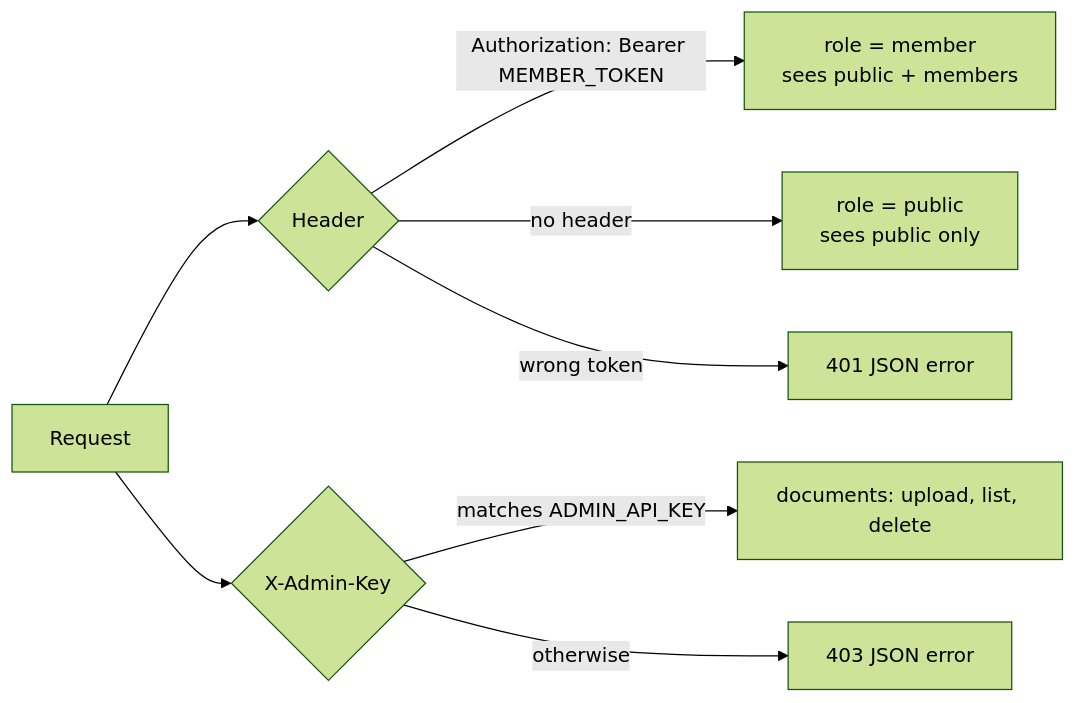
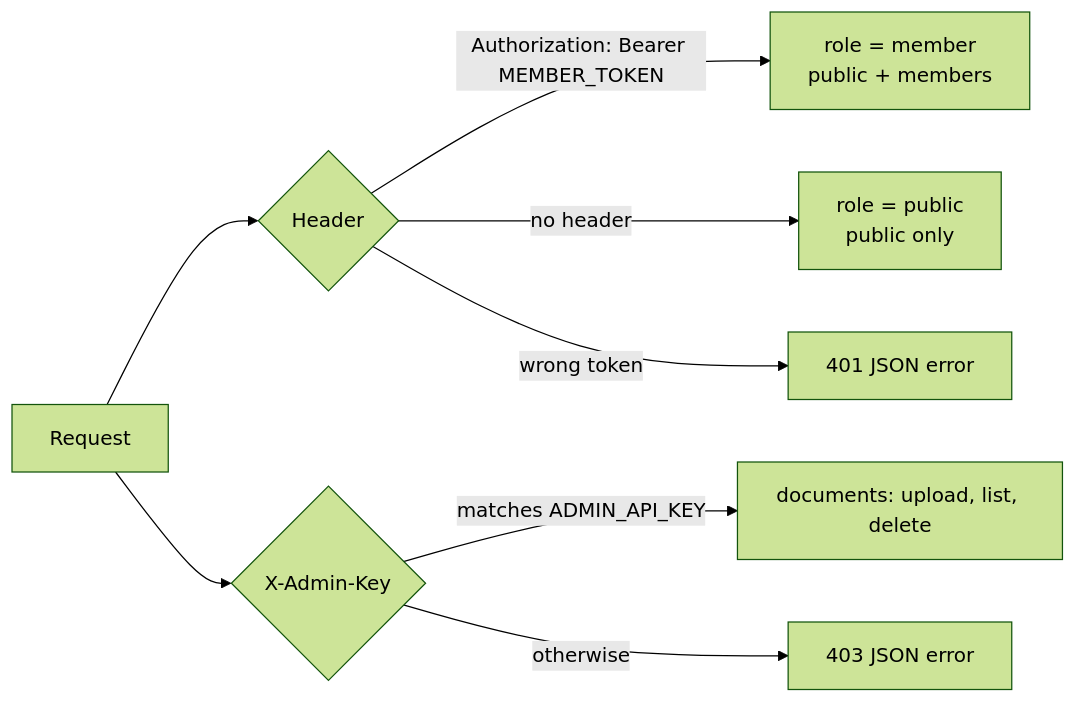
The fourth of 4 diagrams in README.md (MicroClub-USTHB/micro-bot), drawn with Mermaid (forest theme) before and after one commit. The commit also changed other lines of this file and 8 other files, not shown here.

````diff
--- a/README.md
+++ b/README.md
@@ -167,10 +182,10 @@
 ```mermaid
 flowchart LR
     req[Request] --> h{Header}
-    h -- "Authorization: Bearer MEMBER_TOKEN" --> member[role = member<br/>sees public + members]
-    h -- "no header" --> pub[role = public<br/>sees public only]
+    h -- "Authorization: Bearer MEMBER_TOKEN" --> member[role = member<br/>public + members]
+    h -- "no header" --> pub[role = public<br/>public only]
     h -- "wrong token" --> bad[401 JSON error]
     req --> adm{X-Admin-Key}
     adm -- "matches ADMIN_API_KEY" --> admin[documents: upload, list, delete]
     adm -- otherwise --> deny[403 JSON error]
 ```
````
